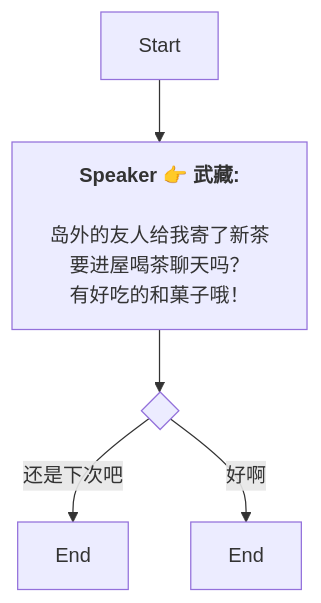
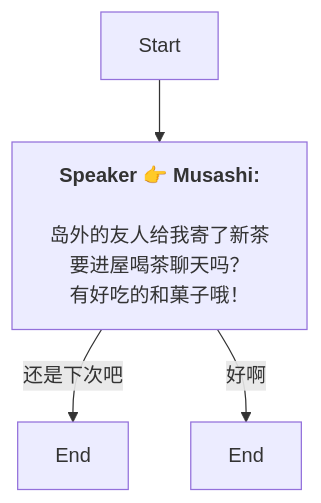
One commit to SoftHu/tos_avg changed the diagram in Zh/QuestTalkObjectiveNode_1752158487408039.md. Above: the diagram before and after it, drawn with Mermaid. The commit also changed 737 other files, not shown here.

````diff
--- a/Zh/QuestTalkObjectiveNode_1752158487408039.md
+++ b/Zh/QuestTalkObjectiveNode_1752158487408039.md
@@ -1,12 +1,10 @@
 ```mermaid
 graph
-Start -->1752158612056490[<b>Speaker 👉 武藏:</b>
-
-岛外的友人给我寄了新茶
+Start -->1752158612056490[<b>Speaker 👉 Musashi:</b>
+\n岛外的友人给我寄了新茶
 要进屋喝茶聊天吗？
 有好吃的和菓子哦！]
-1752158612056490 -->1752158678165931{ }
-1752158678165931 -->|还是下次吧|1752158699124145[End]
-1752158678165931 -->|好啊|1752158694624688[End]
+1752158612056490 -->|还是下次吧|1752158699124145[End]
+1752158612056490 -->|好啊|1752158694624688[End]
 
- ```
+```
````
